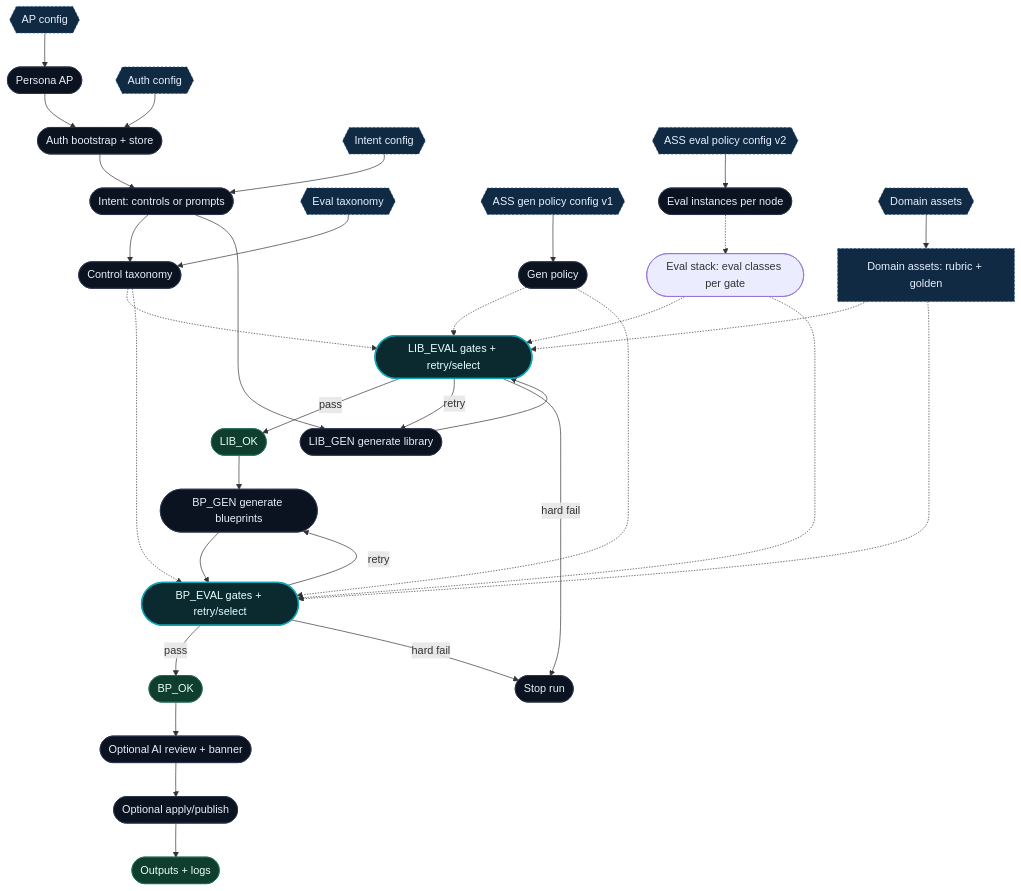
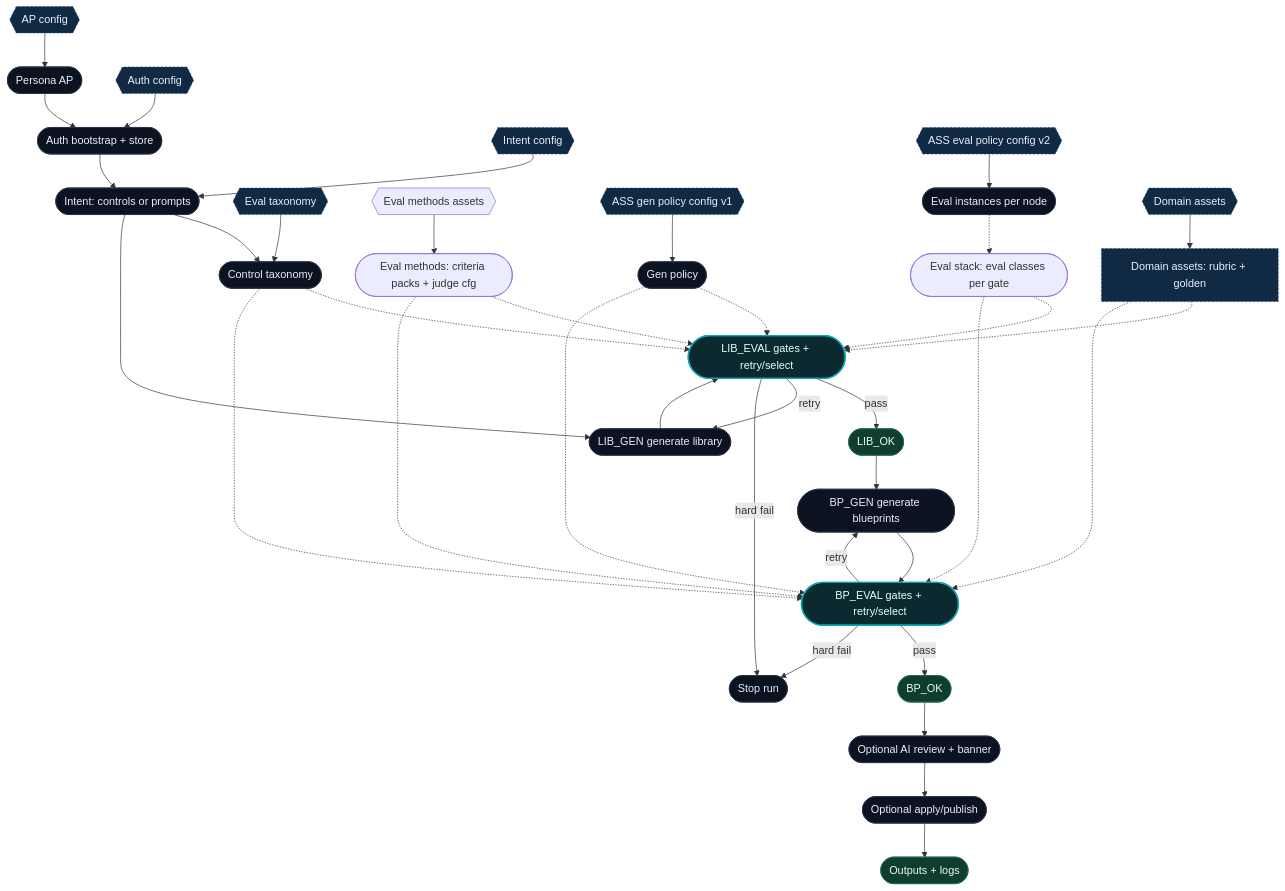
Before and after one commit to dsvikstrand/bleu: the diagram in docs/ass_das/ASS_simple.mmd, drawn with Mermaid. The commit also changed 10 other files, not shown here.

Commit message:
eval: add llm golden regression method assets and gate

```diff
--- a/docs/ass_das/ASS_simple.mmd
+++ b/docs/ass_das/ASS_simple.mmd
@@ -1,59 +1,62 @@
 flowchart TD
   %% ASS (Agentic Seed System) - Conceptual Flow (simplified)
   %% Focus: personas (AP) and eval-driven DAS loop
   %% Source of truth: codex/skills/seed-blueprints/scripts/seed_stage0.ts
   %% Mermaid: keep labels ASCII, single-line, and short.
 
   %% Core stages (minimal)
   AP_CFG{{AP config}} --> AP([Persona AP])
   AUTH_CFG{{Auth config}} --> AUTH([Auth bootstrap + store])
   INTENT_CFG{{Intent config}} --> INTENT([Intent: controls or prompts])
   TAX_CFG{{Eval taxonomy}} --> TAX([Control taxonomy])
+  METHOD_CFG{{Eval methods assets}} --> METHOD([Eval methods: criteria packs + judge cfg])
   GEN_CFG{{ASS gen policy config v1}} --> POLICY([Gen policy])
   EVAL_CFG{{ASS eval policy config v2}} --> EVALS([Eval instances per node])
   ESTACK([Eval stack: eval classes per gate])
   DOMAIN_CFG{{Domain assets}} --> DOMAIN["Domain assets: rubric + golden"]
+  METHOD -.-> LIB_EVAL
+  METHOD -.-> BP_EVAL
 
   AP --> AUTH --> INTENT --> TAX
 
   %% DAS policy (drives retries + select-best)
   POLICY -.-> LIB_EVAL
   POLICY -.-> BP_EVAL
   TAX -.-> LIB_EVAL
   TAX -.-> BP_EVAL
   EVALS -.-> ESTACK
   ESTACK -.-> LIB_EVAL
   ESTACK -.-> BP_EVAL
   DOMAIN -.-> LIB_EVAL
   DOMAIN -.-> BP_EVAL
 
   %% Two eval lanes (faithful, but compact)
   INTENT --> LIB_GEN([LIB_GEN generate library])
   LIB_GEN --> LIB_EVAL([LIB_EVAL gates + retry/select])
   LIB_EVAL -->|pass| LIB_OK([LIB_OK])
   LIB_EVAL -->|retry| LIB_GEN
   LIB_EVAL -->|hard fail| STOP([Stop run])
 
   LIB_OK --> BP_GEN([BP_GEN generate blueprints])
   BP_GEN --> BP_EVAL([BP_EVAL gates + retry/select])
   BP_EVAL -->|pass| BP_OK([BP_OK])
   BP_EVAL -->|retry| BP_GEN
   BP_EVAL -->|hard fail| STOP
 
   %% Shared tail
   BP_OK --> AI([Optional AI review + banner])
   AI --> APPLY([Optional apply/publish])
   APPLY --> OUT([Outputs + logs])
 
   %% Styling
   classDef stage fill:#0b1220,stroke:#253047,color:#e7eefc,stroke-width:1px;
   classDef cfg fill:#102a43,stroke:#1e4e8c,color:#e7f0ff,stroke-dasharray: 3 3;
   classDef eval fill:#0b2a2f,stroke:#0ea5b7,color:#e6feff,stroke-width:2px;
   classDef out fill:#0f3d2e,stroke:#1b6b4b,color:#e7fff2;
 
   class AP,AUTH,INTENT,TAX,POLICY,LIB_GEN,BP_GEN,AI,APPLY,STOP stage;
   class LIB_EVAL,BP_EVAL eval;
   class OUT,LIB_OK,BP_OK out;
   class AP_CFG,AUTH_CFG,INTENT_CFG,TAX_CFG,GEN_CFG,EVAL_CFG,DOMAIN_CFG cfg;
   class EVALS stage;
   class DOMAIN cfg;
```
